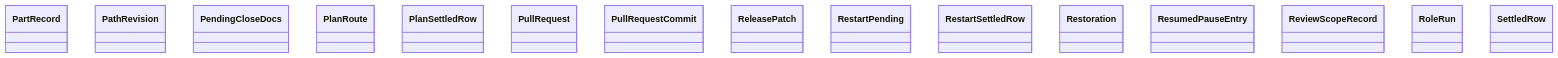
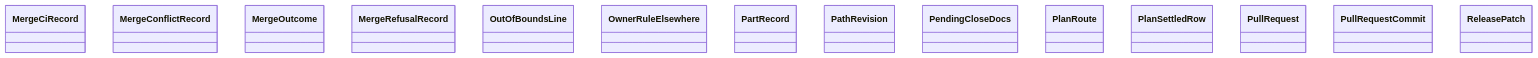
The diagram in docs/architecture/generated/classes-process-domain-state-7.md (GonzaloZevallos/agentic-system), drawn with Mermaid before and after one commit. The commit also changed other lines of this file and 27 other files, not shown here.

First line of the commit message:
Regenerate the architecture docs over current master

````diff
--- a/docs/architecture/generated/classes-process-domain-state-7.md
+++ b/docs/architecture/generated/classes-process-domain-state-7.md
@@ -29,18 +30,17 @@
 ```mermaid
 classDiagram
+    class task__MergeCiRecord["MergeCiRecord"]
+    class task__MergeConflictRecord["MergeConflictRecord"]
+    class task__MergeOutcome["MergeOutcome"]
+    class task__MergeRefusalRecord["MergeRefusalRecord"]
+    class task__OutOfBoundsLine["OutOfBoundsLine"]
+    class task__OwnerRuleElsewhere["OwnerRuleElsewhere"]
     class task__PartRecord["PartRecord"]
     class task__PathRevision["PathRevision"]
     class task__PendingCloseDocs["PendingCloseDocs"]
     class task__PlanRoute["PlanRoute"]
     class task__PlanSettledRow["PlanSettledRow"]
     class task__PullRequest["PullRequest"]
     class task__PullRequestCommit["PullRequestCommit"]
     class task__ReleasePatch["ReleasePatch"]
-    class task__RestartPending["RestartPending"]
-    class task__RestartSettledRow["RestartSettledRow"]
-    class task__Restoration["Restoration"]
-    class task__ResumedPauseEntry["ResumedPauseEntry"]
-    class task__ReviewScopeRecord["ReviewScopeRecord"]
-    class task__RoleRun["RoleRun"]
-    class task__SettledRow["SettledRow"]
 ```
````
